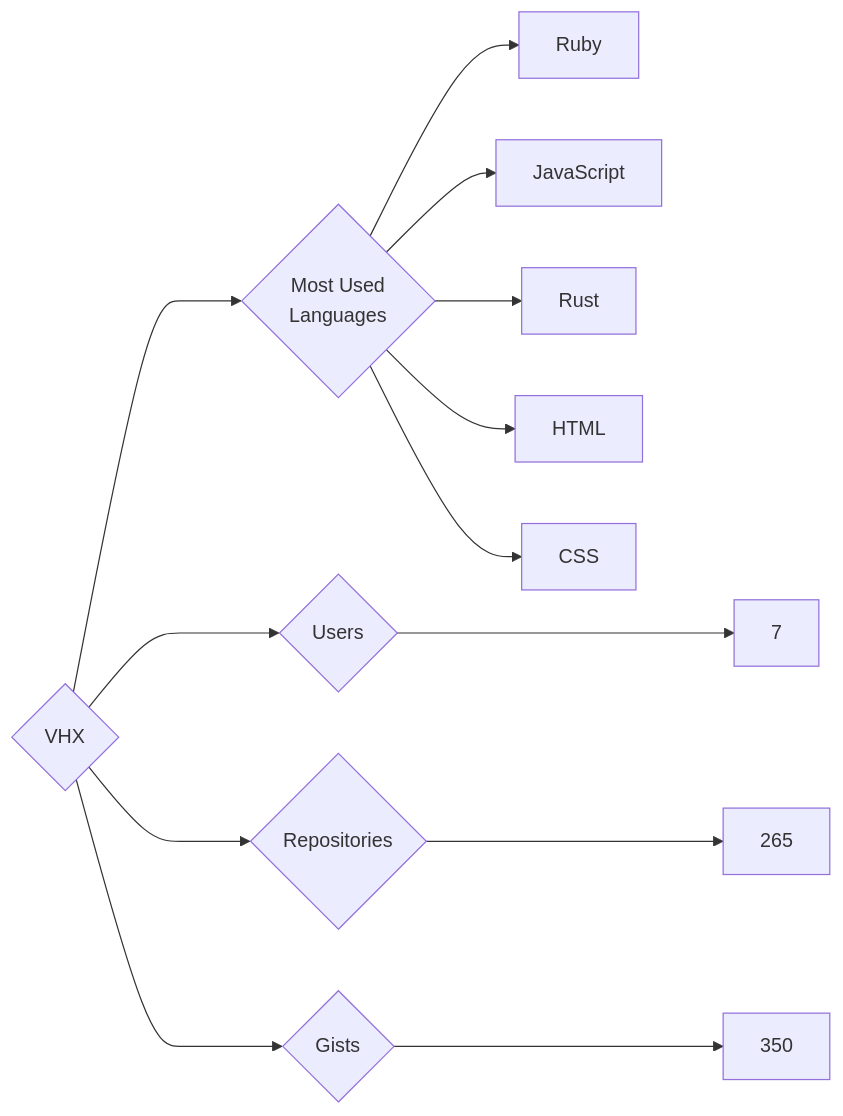
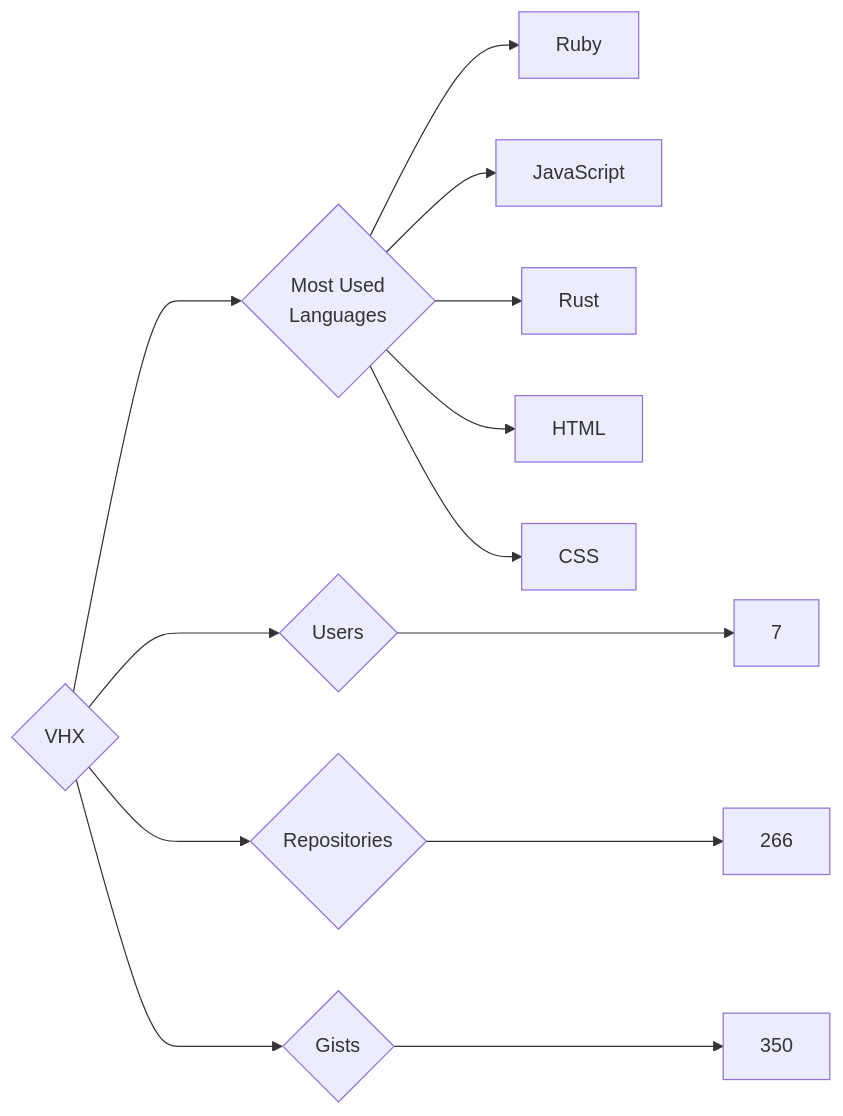
One commit to trickest/insiders changed the diagram in targets/VHX/README.md. Above: the diagram before and after it, drawn with Mermaid. The commit also changed 948 other files, not shown here.

````diff
--- a/targets/VHX/README.md
+++ b/targets/VHX/README.md
@@ -3,13 +3,13 @@
 ```mermaid
 graph LR
 COMPANY_NAME{VHX}
 COMPANY_NAME ---> U{Users} ---> UN[7]
-COMPANY_NAME ---> R{Repositories} ---> RN[265]
+COMPANY_NAME ---> R{Repositories} ---> RN[266]
 COMPANY_NAME ---> G{Gists} ---> GN[350]
 COMPANY_NAME ---> ML{Most Used<br>Languages}
 ML --> Ruby[Ruby]
 ML --> JavaScript[JavaScript]
 ML --> Rust[Rust]
 ML --> HTML[HTML]
 ML --> CSS[CSS]
 ```
````
